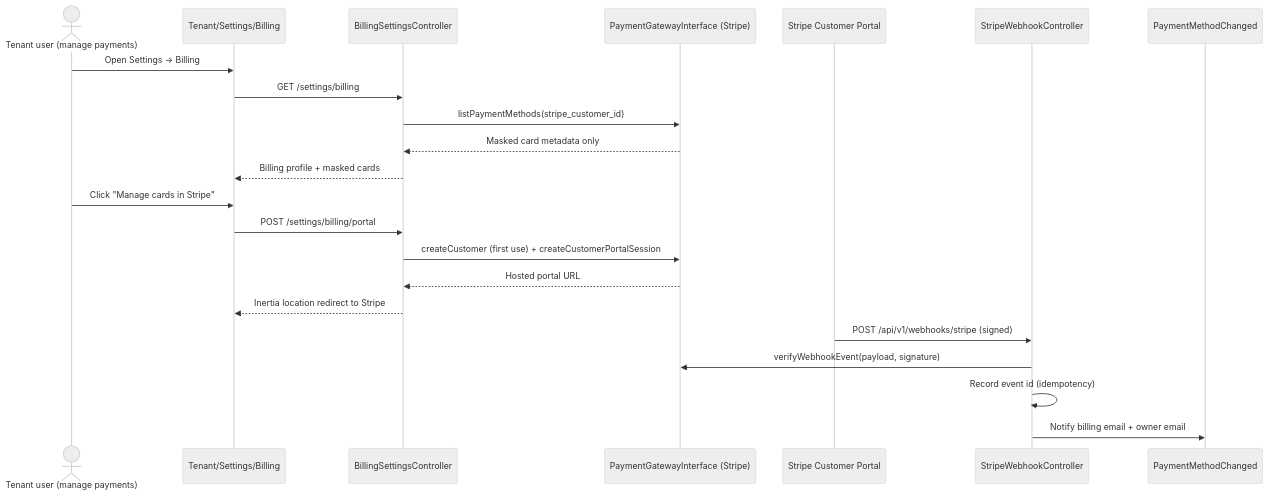
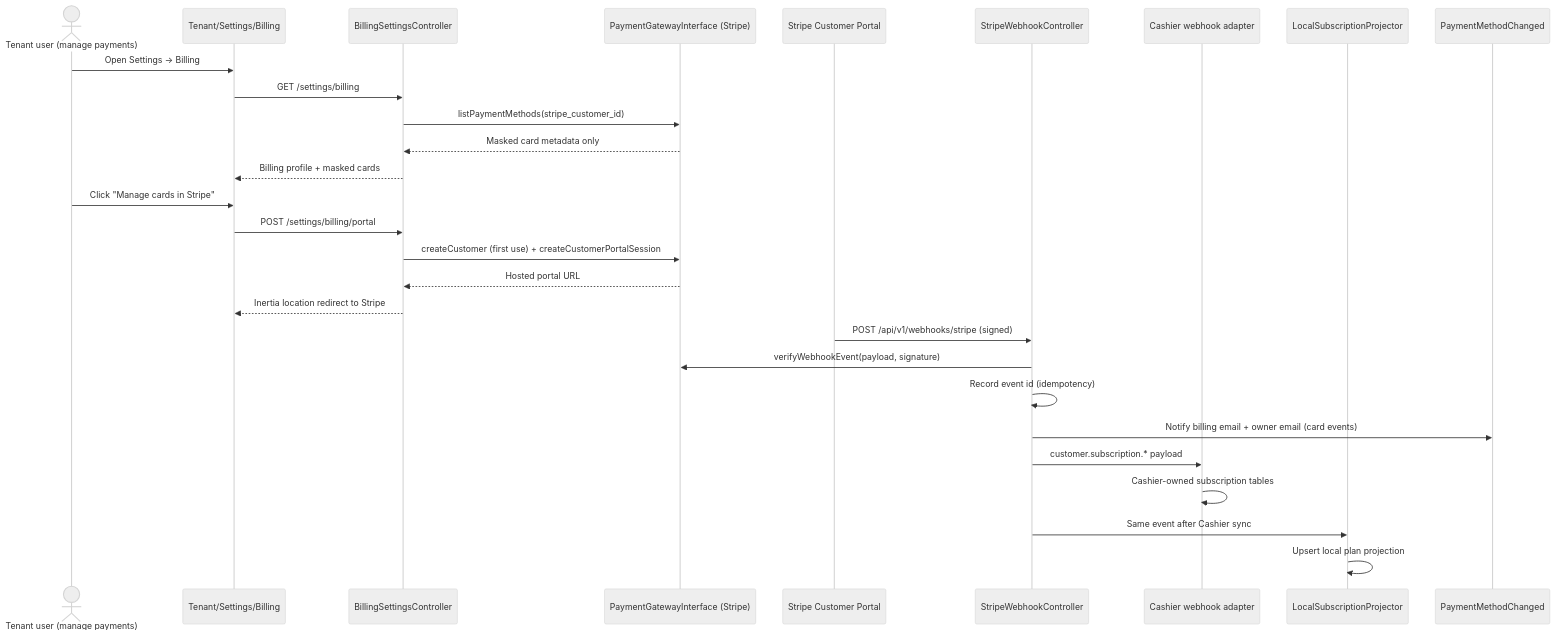
One commit to Danik2310/SaaS-Tenant-laravel changed the diagram in docs/architecture/10-billing-and-stripe.md. Above: the diagram before and after it, drawn with Mermaid (neutral theme). The commit also changed other lines of this file and 1 other file, not shown here.

Commit message:
docs(billing): document Cashier subscription sync

````diff
--- a/docs/architecture/10-billing-and-stripe.md
+++ b/docs/architecture/10-billing-and-stripe.md
@@ -12,27 +13,33 @@
 ```mermaid
 sequenceDiagram
     actor User as Tenant user (manage payments)
     participant UI as Tenant/Settings/Billing
     participant Controller as BillingSettingsController
     participant Gateway as PaymentGatewayInterface (Stripe)
     participant Stripe as Stripe Customer Portal
     participant Webhook as StripeWebhookController
+    participant Cashier as Cashier webhook adapter
+    participant Projector as LocalSubscriptionProjector
     participant Mail as PaymentMethodChanged
 
     User->>UI: Open Settings -> Billing
     UI->>Controller: GET /settings/billing
     Controller->>Gateway: listPaymentMethods(stripe_customer_id)
     Gateway-->>Controller: Masked card metadata only
     Controller-->>UI: Billing profile + masked cards
 
     User->>UI: Click "Manage cards in Stripe"
     UI->>Controller: POST /settings/billing/portal
     Controller->>Gateway: createCustomer (first use) + createCustomerPortalSession
     Gateway-->>Controller: Hosted portal URL
     Controller-->>UI: Inertia location redirect to Stripe
 
     Stripe->>Webhook: POST /api/v1/webhooks/stripe (signed)
     Webhook->>Gateway: verifyWebhookEvent(payload, signature)
     Webhook->>Webhook: Record event id (idempotency)
-    Webhook->>Mail: Notify billing email + owner email
+    Webhook->>Mail: Notify billing email + owner email (card events)
+    Webhook->>Cashier: customer.subscription.* payload
+    Cashier->>Cashier: Cashier-owned subscription tables
+    Webhook->>Projector: Same event after Cashier sync
+    Projector->>Projector: Upsert local plan projection
 ```
````
